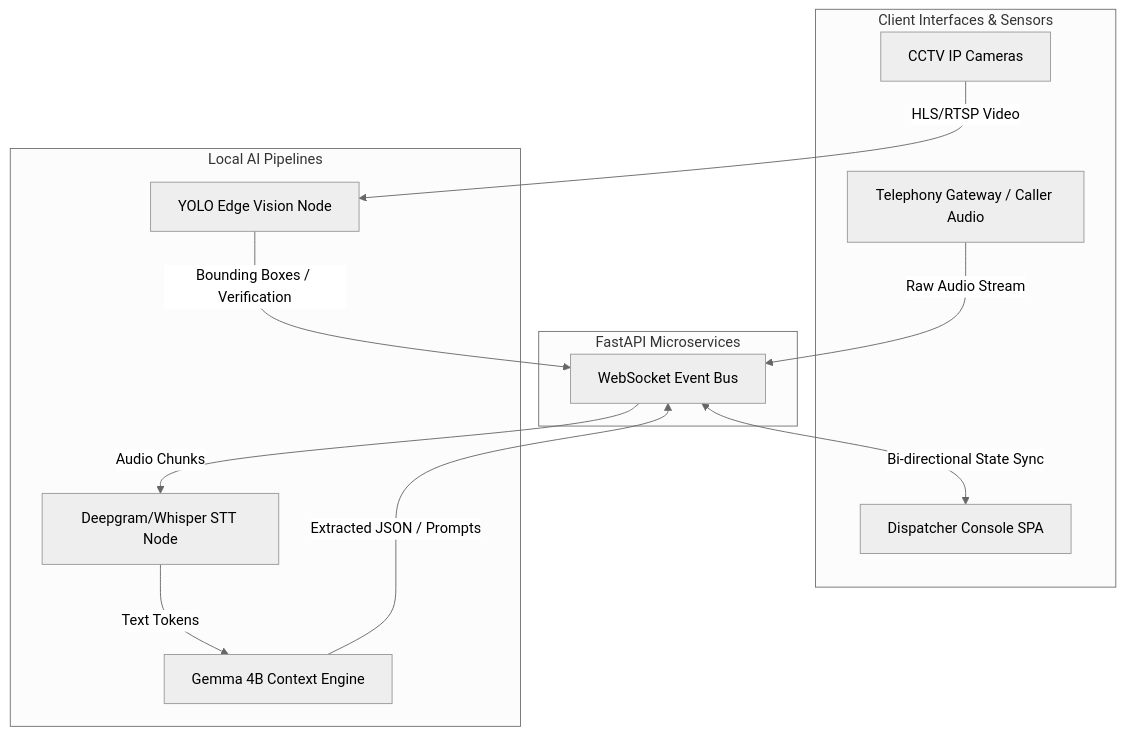
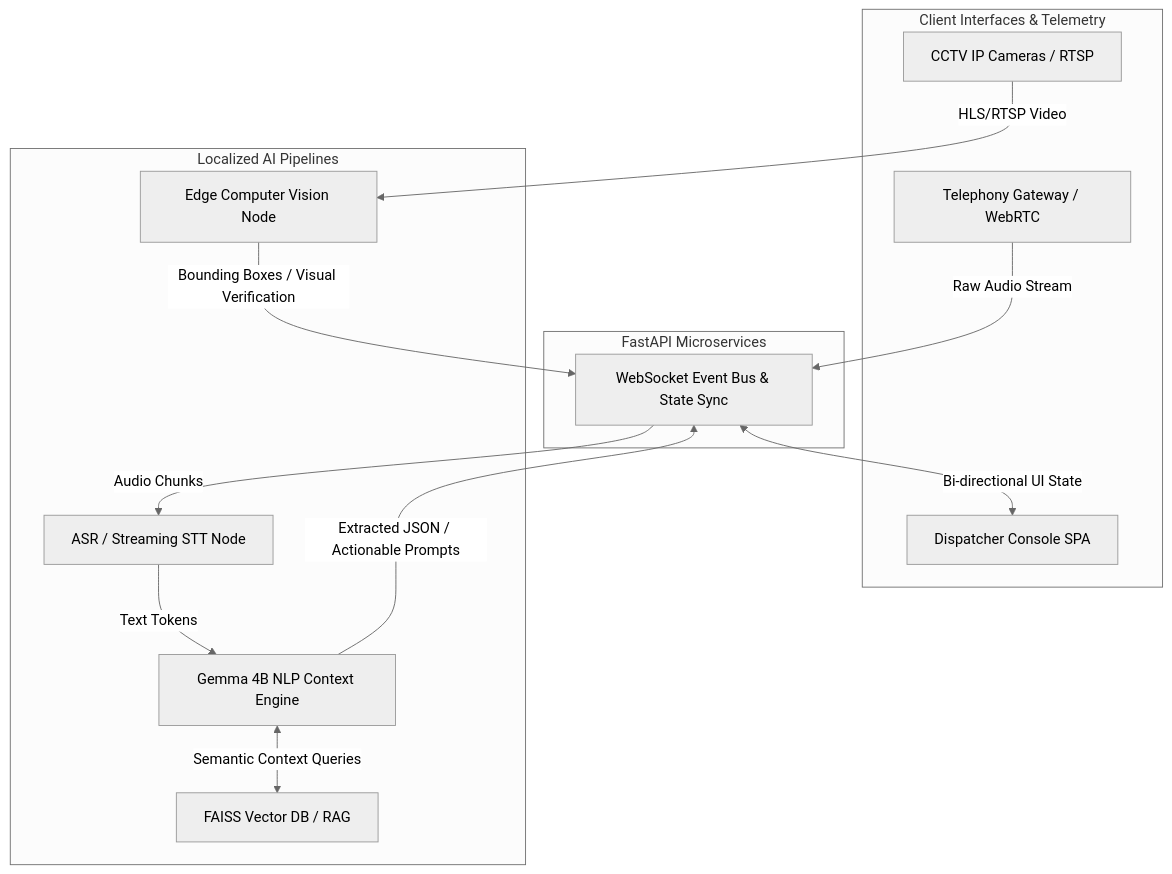
Before and after one commit to Rakshi2609/E-mrg: the diagram in KAGGLE_WRITEUP.md, drawn with Mermaid (neutral theme). The commit also changed other lines of this file, not shown here.

````diff
--- a/KAGGLE_WRITEUP.md
+++ b/KAGGLE_WRITEUP.md
@@ -33,27 +41,29 @@
 ```mermaid
 graph TD
-    subgraph Edge_Client [Client Interfaces & Sensors]
-        A[Telephony Gateway / Caller Audio]
+    subgraph Edge_Client [Client Interfaces & Telemetry]
+        A[Telephony Gateway / WebRTC]
         B[Dispatcher Console SPA]
-        C[CCTV IP Cameras]
+        C[CCTV IP Cameras / RTSP]
     end
 
     subgraph API_Gateway [FastAPI Microservices]
-        D[WebSocket Event Bus]
+        D[WebSocket Event Bus & State Sync]
     end
 
-    subgraph Inference_Mesh [Local AI Pipelines]
-        G[Deepgram/Whisper STT Node]
-        H[Gemma 4B Context Engine]
-        I[YOLO Edge Vision Node]
+    subgraph Inference_Mesh [Localized AI Pipelines]
+        G[ASR / Streaming STT Node]
+        H[Gemma 4B NLP Context Engine]
+        I[Edge Computer Vision Node]
+        J[FAISS Vector DB / RAG]
     end
 
     A -->|Raw Audio Stream| D
-    D <-->|Bi-directional State Sync| B
+    D <-->|Bi-directional UI State| B
     C -->|HLS/RTSP Video| I
     
     D -->|Audio Chunks| G
     G -->|Text Tokens| H
-    H -->|Extracted JSON / Prompts| D
-    I -->|Bounding Boxes / Verification| D
+    H <-->|Semantic Context Queries| J
+    H -->|Extracted JSON / Actionable Prompts| D
+    I -->|Bounding Boxes / Visual Verification| D
 ```
````
